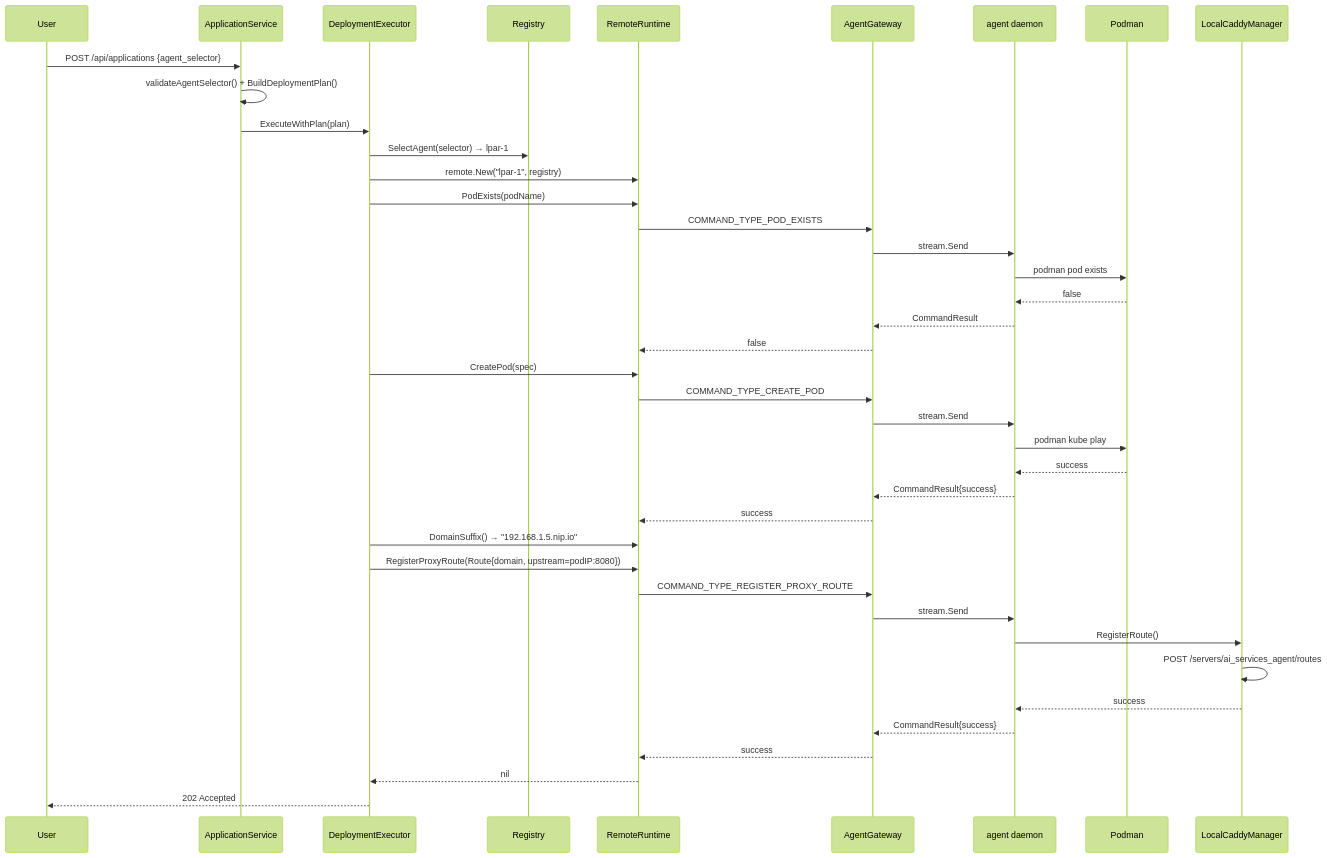
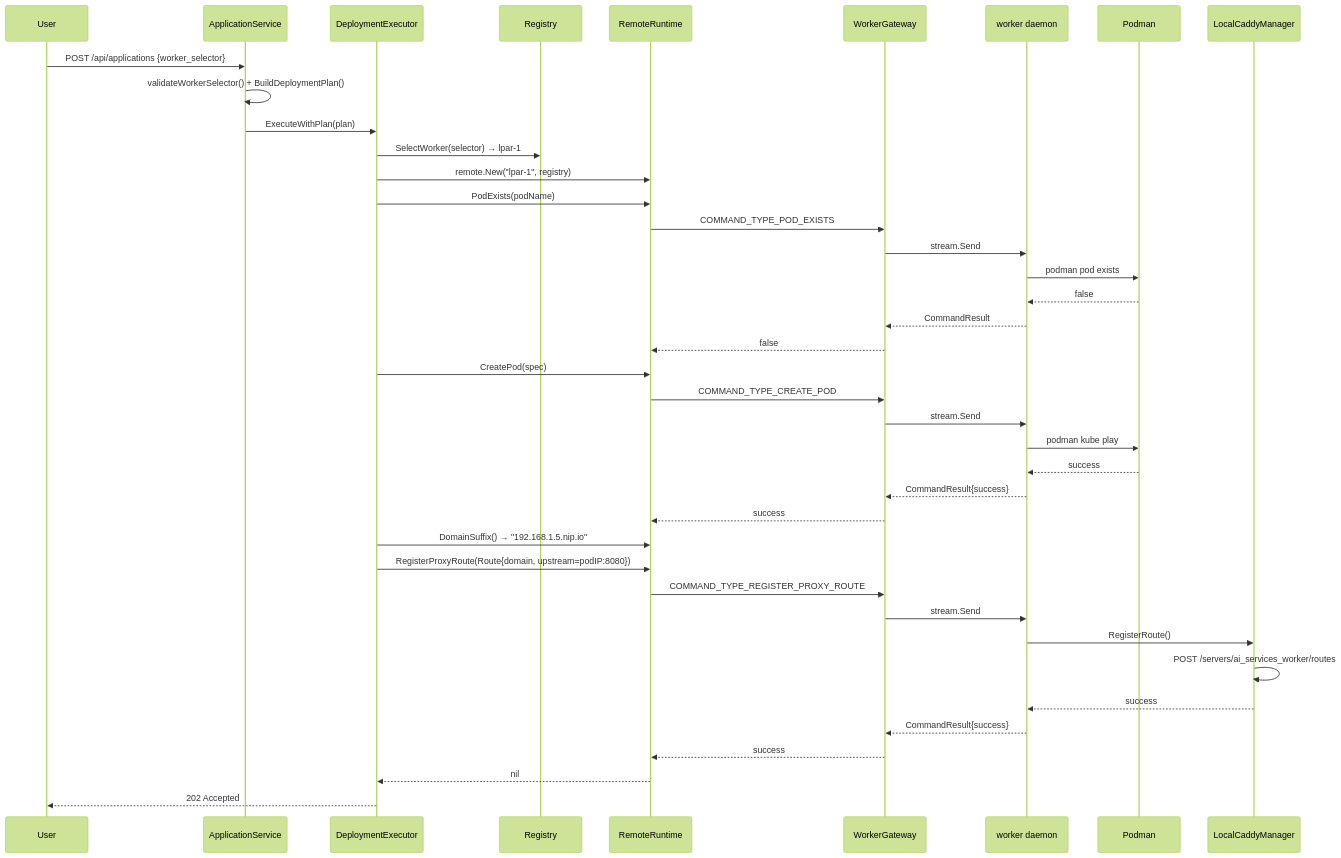
The fourth of 5 diagrams in docs/proposals/catalog/remote-worker-agent-proposal.md (IBM/project-ai-services), drawn with Mermaid (forest theme) before and after one commit. The commit also changed other lines of this file, not shown here.

Commit message:
Change from agent configure/start to worker join

````diff
--- a/docs/proposals/catalog/remote-worker-agent-proposal.md
+++ b/docs/proposals/catalog/remote-worker-agent-proposal.md
@@ -516,46 +506,46 @@
 ```mermaid
 sequenceDiagram
     participant U as User
     participant AS as ApplicationService
     participant DE as DeploymentExecutor
     participant REG as Registry
     participant RR as RemoteRuntime
-    participant GW as AgentGateway
-    participant DA as agent daemon
+    participant GW as WorkerGateway
+    participant DA as worker daemon
     participant PM as Podman
     participant CM as LocalCaddyManager
 
-    U->>AS: POST /api/applications {agent_selector}
-    AS->>AS: validateAgentSelector() + BuildDeploymentPlan()
+    U->>AS: POST /api/applications {worker_selector}
+    AS->>AS: validateWorkerSelector() + BuildDeploymentPlan()
     AS->>DE: ExecuteWithPlan(plan)
-    DE->>REG: SelectAgent(selector) → lpar-1
+    DE->>REG: SelectWorker(selector) → lpar-1
     DE->>RR: remote.New("lpar-1", registry)
 
     DE->>RR: PodExists(podName)
     RR->>GW: COMMAND_TYPE_POD_EXISTS
     GW->>DA: stream.Send
     DA->>PM: podman pod exists
     PM-->>DA: false
     DA-->>GW: CommandResult
     GW-->>RR: false
 
     DE->>RR: CreatePod(spec)
     RR->>GW: COMMAND_TYPE_CREATE_POD
     GW->>DA: stream.Send
     DA->>PM: podman kube play
     PM-->>DA: success
     DA-->>GW: CommandResult{success}
     GW-->>RR: success
 
     DE->>RR: DomainSuffix() → "192.168.1.5.nip.io"
     DE->>RR: RegisterProxyRoute(Route{domain, upstream=podIP:8080})
     RR->>GW: COMMAND_TYPE_REGISTER_PROXY_ROUTE
     GW->>DA: stream.Send
     DA->>CM: RegisterRoute()
-    CM->>CM: POST /servers/ai_services_agent/routes
+    CM->>CM: POST /servers/ai_services_worker/routes
     CM-->>DA: success
     DA-->>GW: CommandResult{success}
     GW-->>RR: success
     RR-->>DE: nil
     DE-->>U: 202 Accepted
 ```
````
